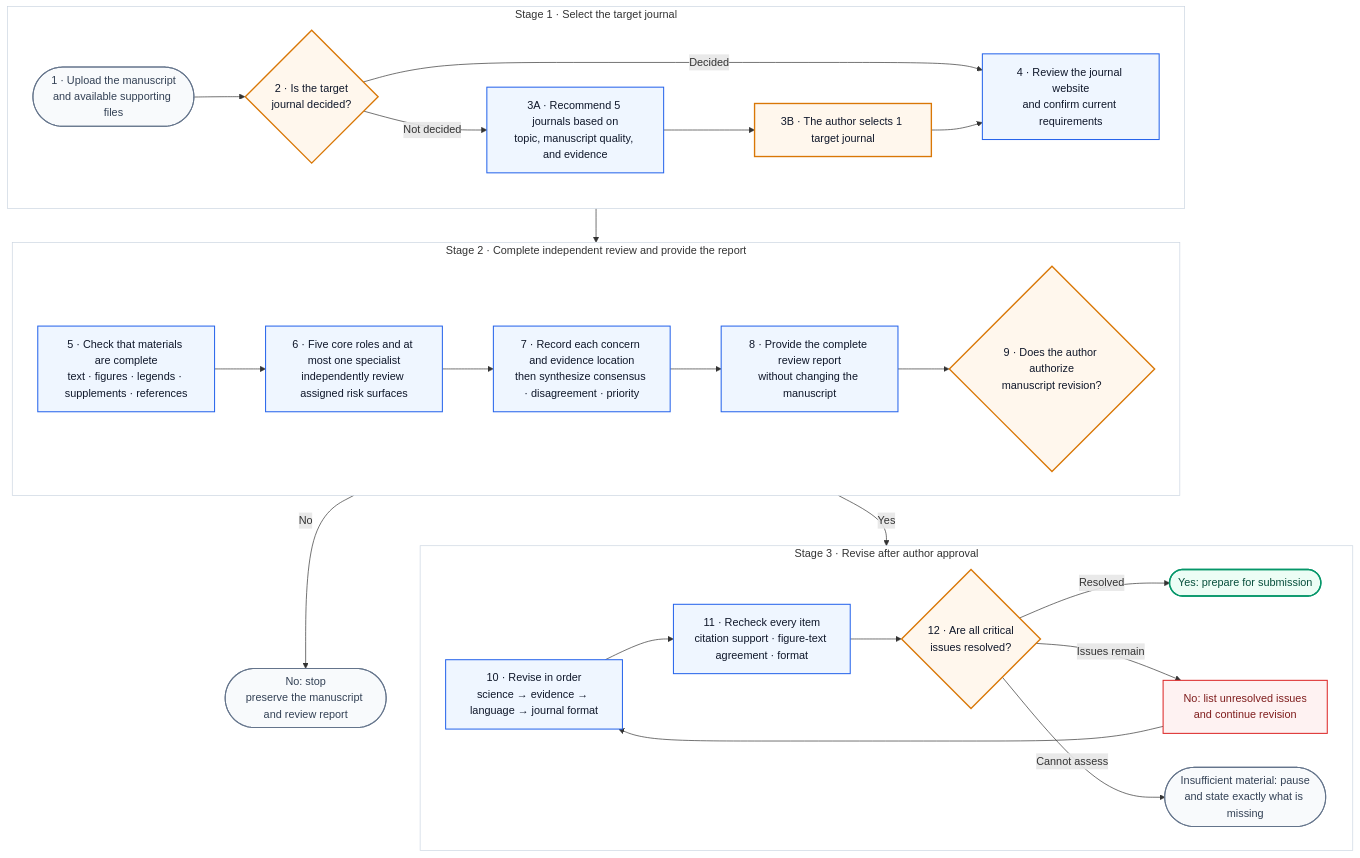
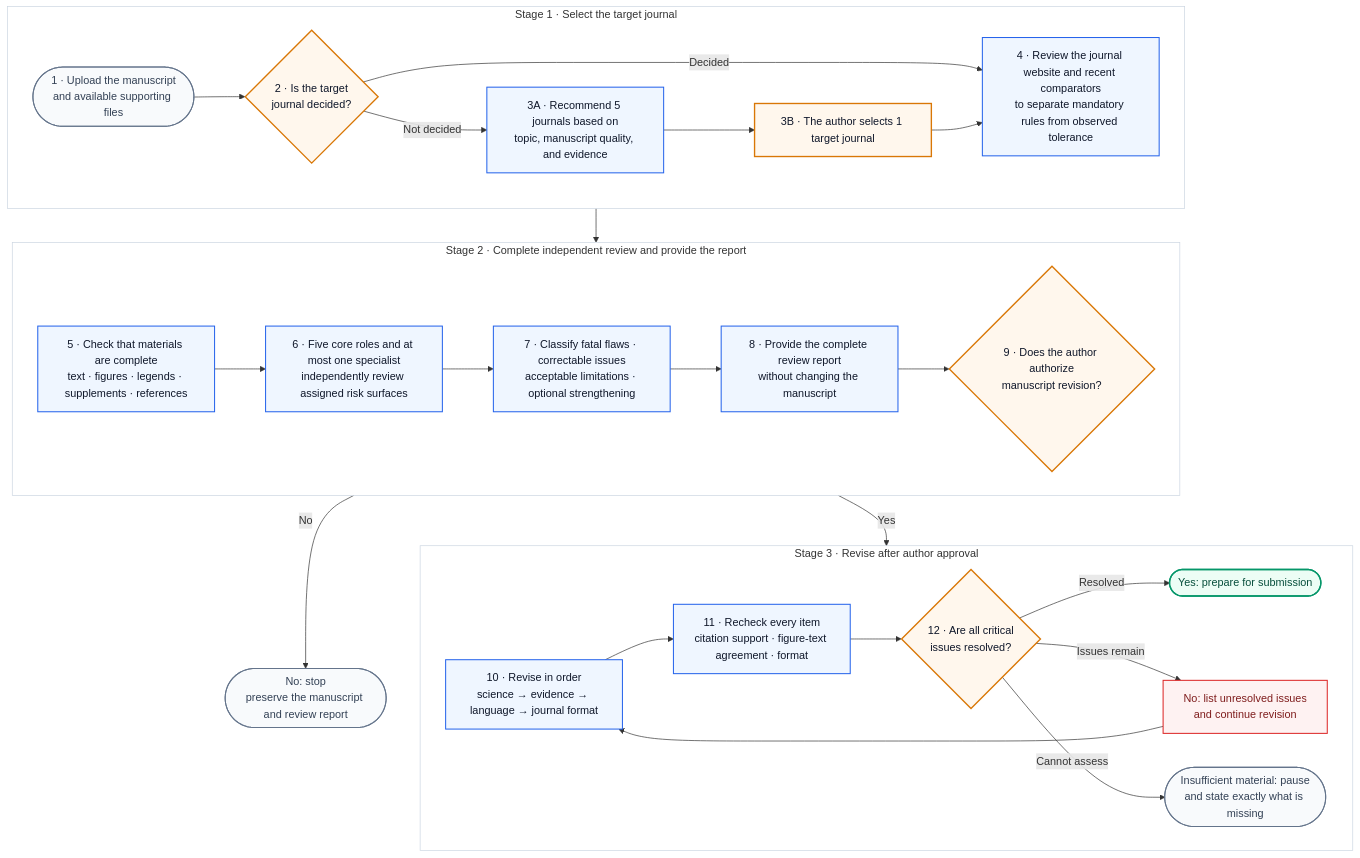
The diagram in README_EN.md (Jameslxr/manuscript-review-revision-skill), drawn with Mermaid before and after one commit. The commit also changed other lines of this file and 24 other files, not shown here.

Commit message:
Release v1.5.0 evidence-calibrated review

````diff
--- a/README_EN.md
+++ b/README_EN.md
@@ -65,58 +65,58 @@
 ```mermaid
 flowchart TB
     START(["1 · Upload the manuscript<br/>and available supporting files"])
     TARGET{"2 · Is the target<br/>journal decided?"}
     REC["3A · Recommend 5 journals based on<br/>topic, manuscript quality, and evidence"]
     PICK["3B · The author selects 1 target journal"]
-    RULES["4 · Review the journal website<br/>and confirm current requirements"]
+    RULES["4 · Review the journal website and recent comparators<br/>to separate mandatory rules from observed tolerance"]
     CHECK["5 · Check that materials are complete<br/>text · figures · legends · supplements · references"]
     REVIEW["6 · Five core roles and at most one specialist<br/>independently review assigned risk surfaces"]
-    SUMMARY["7 · Record each concern and evidence location<br/>then synthesize consensus · disagreement · priority"]
+    SUMMARY["7 · Classify fatal flaws · correctable issues<br/>acceptable limitations · optional strengthening"]
     REPORT["8 · Provide the complete review report<br/>without changing the manuscript"]
     AUTH{"9 · Does the author authorize<br/>manuscript revision?"}
     STOP(["No: stop<br/>preserve the manuscript and review report"])
     REVISE["10 · Revise in order<br/>science → evidence → language → journal format"]
     VERIFY["11 · Recheck every item<br/>citation support · figure-text agreement · format"]
     READY{"12 · Are all critical<br/>issues resolved?"}
     PASS(["Yes: prepare for submission"])
     RETURN["No: list unresolved issues<br/>and continue revision"]
     MISSING(["Insufficient material: pause<br/>and state exactly what is missing"])
 
     subgraph S1["Stage 1 · Select the target journal"]
         direction LR
         START --> TARGET
         TARGET -- "Decided" --> RULES
         TARGET -- "Not decided" --> REC --> PICK --> RULES
     end
 
     subgraph S2["Stage 2 · Complete independent review and provide the report"]
         direction LR
         CHECK --> REVIEW --> SUMMARY --> REPORT --> AUTH
     end
 
     subgraph S3["Stage 3 · Revise after author approval"]
         direction LR
         REVISE --> VERIFY --> READY
         READY -- "Resolved" --> PASS
         READY -- "Issues remain" --> RETURN --> REVISE
         READY -- "Cannot assess" --> MISSING
     end
 
     RULES --> CHECK
     AUTH -- "No" --> STOP
     AUTH -- "Yes" --> REVISE
 
     classDef user fill:#FFF7ED,stroke:#D97706,stroke-width:2px,color:#0F172A;
     classDef skill fill:#EFF6FF,stroke:#2563EB,stroke-width:1.5px,color:#0F172A;
     classDef success fill:#ECFDF5,stroke:#059669,stroke-width:2px,color:#064E3B;
     classDef stop fill:#F8FAFC,stroke:#64748B,stroke-width:1.5px,color:#334155;
     classDef problem fill:#FEF2F2,stroke:#DC2626,stroke-width:1.5px,color:#7F1D1D;
     class TARGET,PICK,AUTH,READY user;
     class REC,RULES,CHECK,REVIEW,SUMMARY,REPORT,REVISE,VERIFY skill;
     class PASS success;
     class START,STOP,MISSING stop;
     class RETURN problem;
     style S1 fill:#FFFFFF,stroke:#CBD5E1,stroke-width:1px
     style S2 fill:#FFFFFF,stroke:#CBD5E1,stroke-width:1px
     style S3 fill:#FFFFFF,stroke:#CBD5E1,stroke-width:1px
 ```
````
